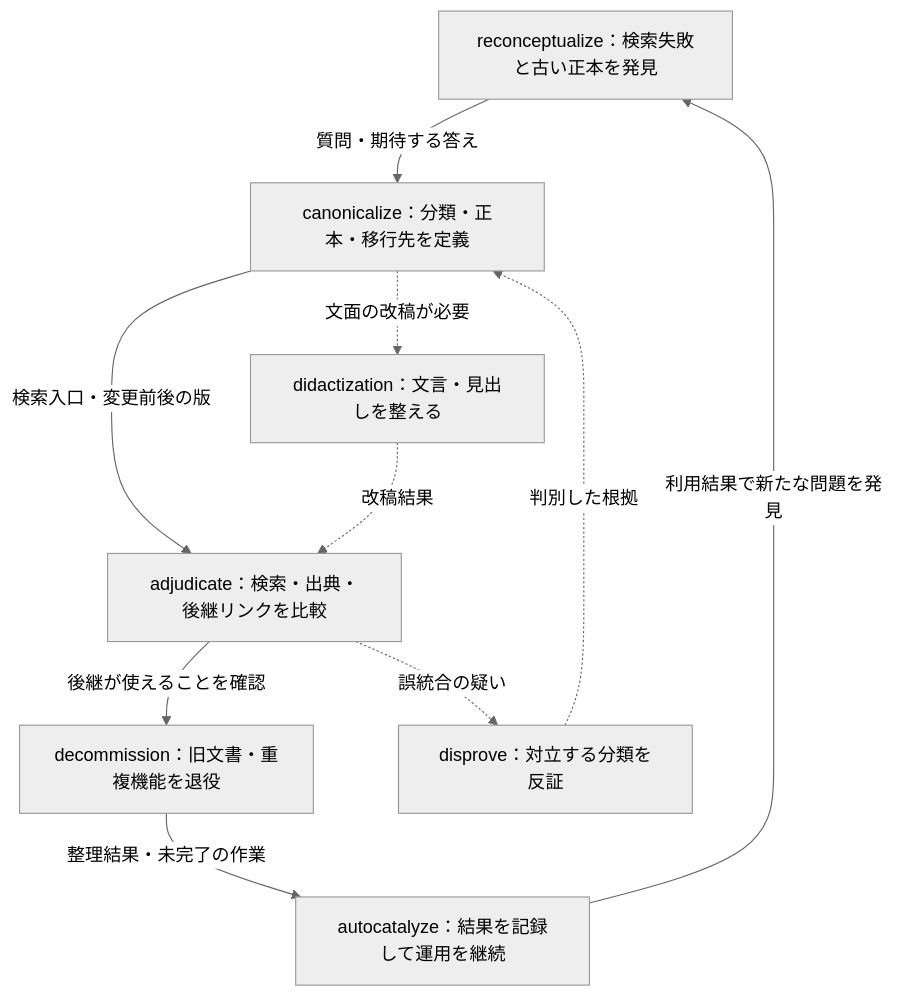
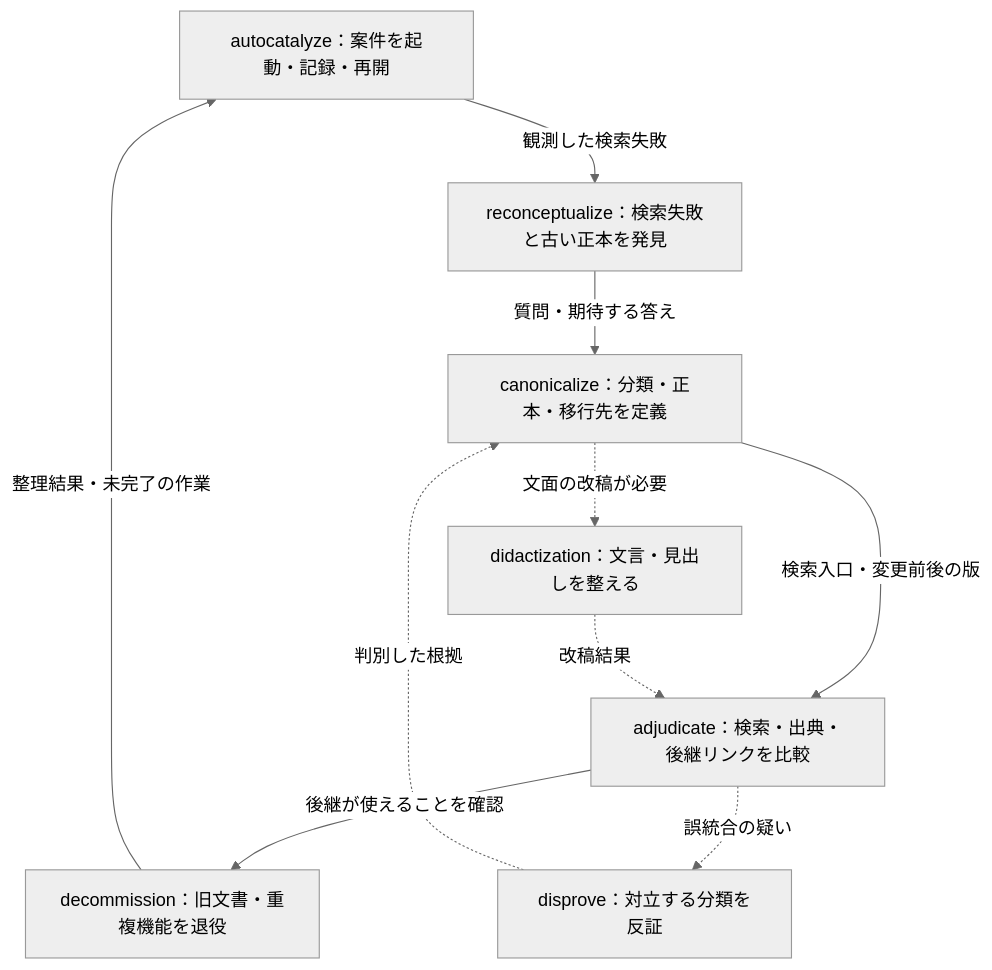
The diagram in BIBLES.md (KAFKA2306/kafstyler), drawn with Mermaid (neutral theme) before and after one commit. The commit also changed other lines of this file, not shown here.

Commit message:
docs(bibles): eliminate duplicate Bases reference and center autocatalyze in lifecycle

````diff
--- a/BIBLES.md
+++ b/BIBLES.md
@@ -117,12 +117,12 @@
 ```mermaid
 flowchart TD
-    reconceptualize["reconceptualize：検索失敗と古い正本を発見"] -->|質問・期待する答え| canonicalize["canonicalize：分類・正本・移行先を定義"]
+    autocatalyze["autocatalyze：案件を起動・記録・再開"] -->|観測した検索失敗| reconceptualize["reconceptualize：検索失敗と古い正本を発見"]
+    reconceptualize -->|質問・期待する答え| canonicalize["canonicalize：分類・正本・移行先を定義"]
     canonicalize -->|検索入口・変更前後の版| adjudicate["adjudicate：検索・出典・後継リンクを比較"]
     adjudicate -->|後継が使えることを確認| decommission["decommission：旧文書・重複機能を退役"]
-    decommission -->|整理結果・未完了の作業| autocatalyze["autocatalyze：結果を記録して運用を継続"]
-    autocatalyze -->|利用結果で新たな問題を発見| reconceptualize
+    decommission -->|整理結果・未完了の作業| autocatalyze
     canonicalize -.->|文面の改稿が必要| didactization["didactization：文言・見出しを整える"]
     didactization -.->|改稿結果| adjudicate
     adjudicate -.->|誤統合の疑い| disprove["disprove：対立する分類を反証"]
     disprove -.->|判別した根拠| canonicalize
 ```
````
